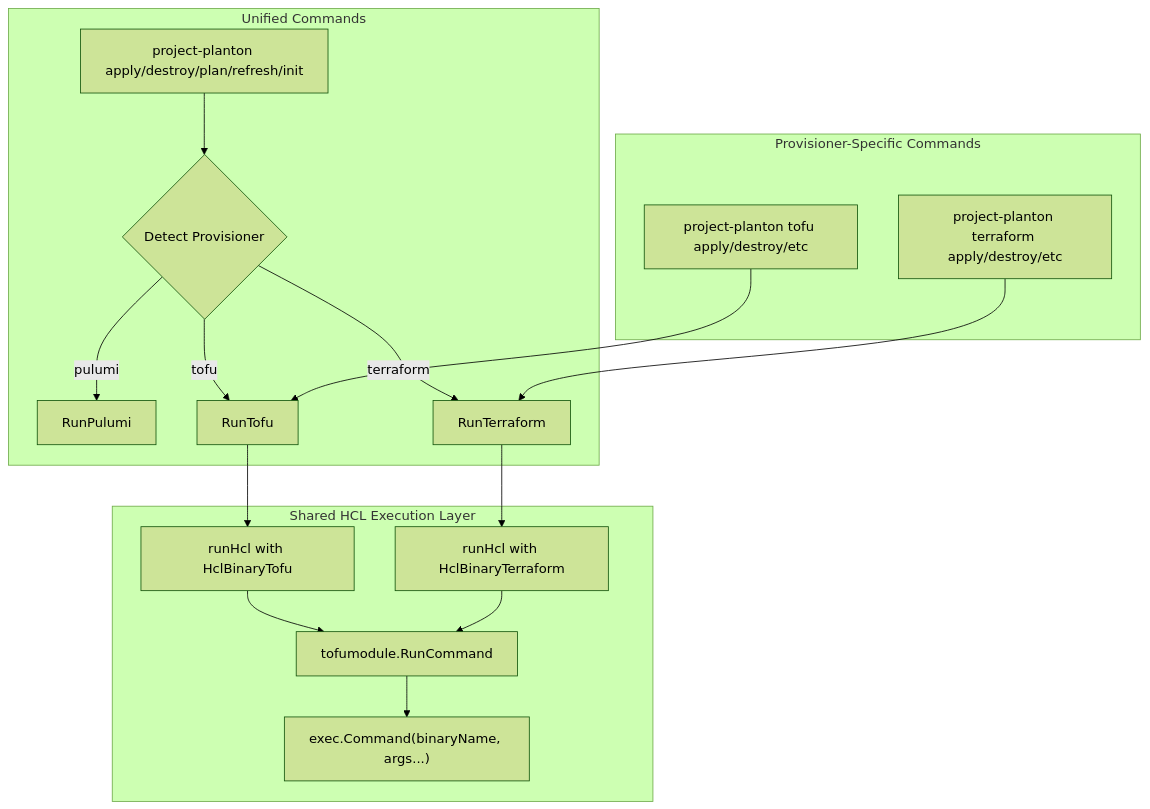
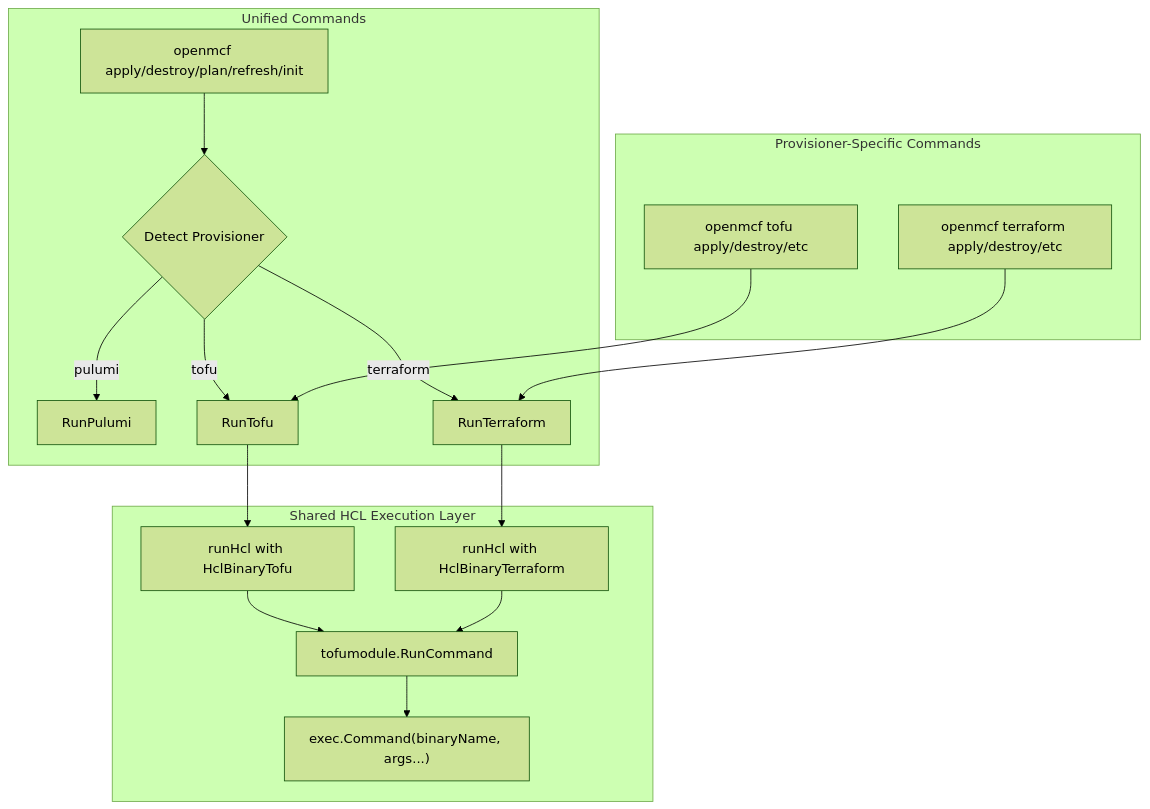
One commit to plantonhq/openmcf changed the diagram in _changelog/2026-01/2026-01-21-064104-full-terraform-cli-support.md. Above: the diagram before and after it, drawn with Mermaid (forest theme). The commit also changed other lines of this file and 11262 other files, not shown here.

````diff
--- a/_changelog/2026-01/2026-01-21-064104-full-terraform-cli-support.md
+++ b/_changelog/2026-01/2026-01-21-064104-full-terraform-cli-support.md
@@ -28,25 +28,25 @@
 ```mermaid
 flowchart TB
     subgraph "Unified Commands"
-        A[project-planton apply/destroy/plan/refresh/init]
+        A[openmcf apply/destroy/plan/refresh/init]
         A --> B{Detect Provisioner}
         B -->|pulumi| C[RunPulumi]
         B -->|tofu| D[RunTofu]
         B -->|terraform| E[RunTerraform]
     end
     
     subgraph "Provisioner-Specific Commands"
-        F[project-planton tofu apply/destroy/etc]
-        G[project-planton terraform apply/destroy/etc]
+        F[openmcf tofu apply/destroy/etc]
+        G[openmcf terraform apply/destroy/etc]
         F --> D
         G --> E
     end
     
     subgraph "Shared HCL Execution Layer"
         D --> H[runHcl with HclBinaryTofu]
         E --> H2[runHcl with HclBinaryTerraform]
         H --> I[tofumodule.RunCommand]
         H2 --> I
         I --> J["exec.Command(binaryName, args...)"]
     end
 ```
````
